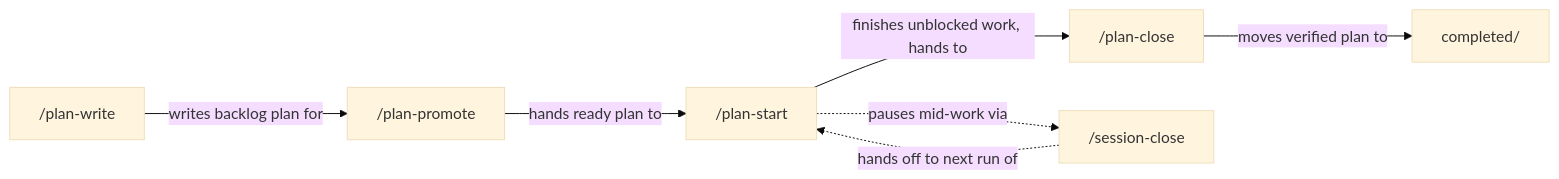
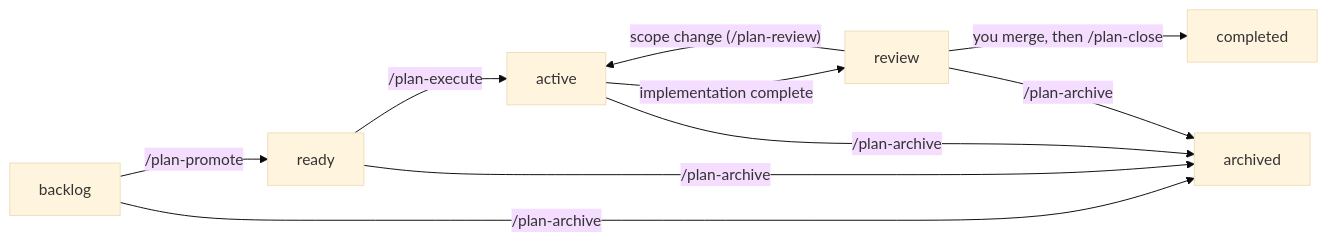
One commit to kirinmurphy/roborepo-alpha changed the diagram in docs/user/guides/plan/lifecycle/plan-suite.md. Above: the diagram before and after it, drawn with Mermaid (base theme). The commit also changed other lines of this file and 24 other files, not shown here.

````diff
--- a/docs/user/guides/plan/lifecycle/plan-suite.md
+++ b/docs/user/guides/plan/lifecycle/plan-suite.md
@@ -34,9 +39,9 @@
 ```mermaid
 flowchart LR
-    W["/plan-write"] -->|writes backlog plan for| P["/plan-promote"]
-    P -->|hands ready plan to| S["/plan-start"]
-    S -->|finishes unblocked work, hands to| C["/plan-close"]
-    S -.->|pauses mid-work via| X["/session-close"]
-    X -.->|hands off to next run of| S
-    C -->|moves verified plan to| D["completed/"]
+  B["backlog"] -->|"/plan-promote"| R["ready"]
+  R -->|"/plan-execute"| A["active"]
+  A -->|"implementation complete"| V["review"]
+  V -->|"scope change (/plan-review)"| A
+  V -->|"you merge, then /plan-close"| C["completed"]
+  B & R & A & V -->|"/plan-archive"| X["archived"]
 ```
````
